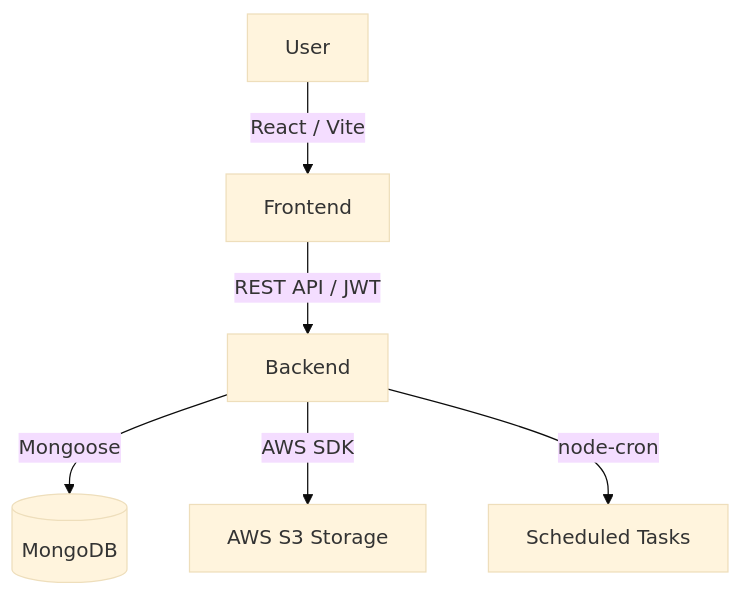
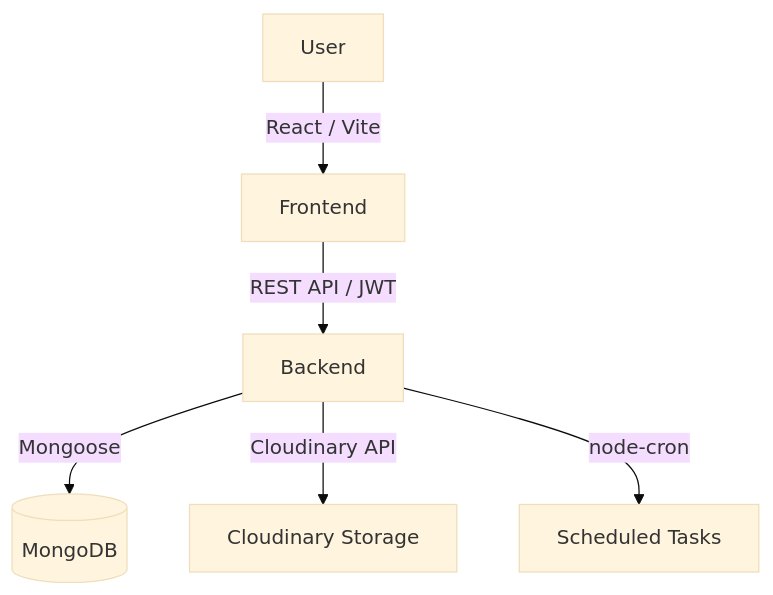
Before and after one commit to 70Gaurav61/The-Legacy-Trunk: the diagram in README.md, drawn with Mermaid (base theme). The commit also changed other lines of this file, not shown here.

Commit message:
document Cloudinary storage integration and Google Gemini AI auto-tagging feature

````diff
--- a/README.md
+++ b/README.md
@@ -39,8 +40,8 @@
 ```mermaid
 flowchart TD
     User -->|React / Vite| Frontend
     Frontend -->|REST API / JWT| Backend
     Backend -->|Mongoose| MongoDB[(MongoDB)]
-    Backend -->|AWS SDK| S3[AWS S3 Storage]
+    Backend -->|Cloudinary API| Cloudinary[Cloudinary Storage]
     Backend -->|node-cron| Cron[Scheduled Tasks]
 ```
````
